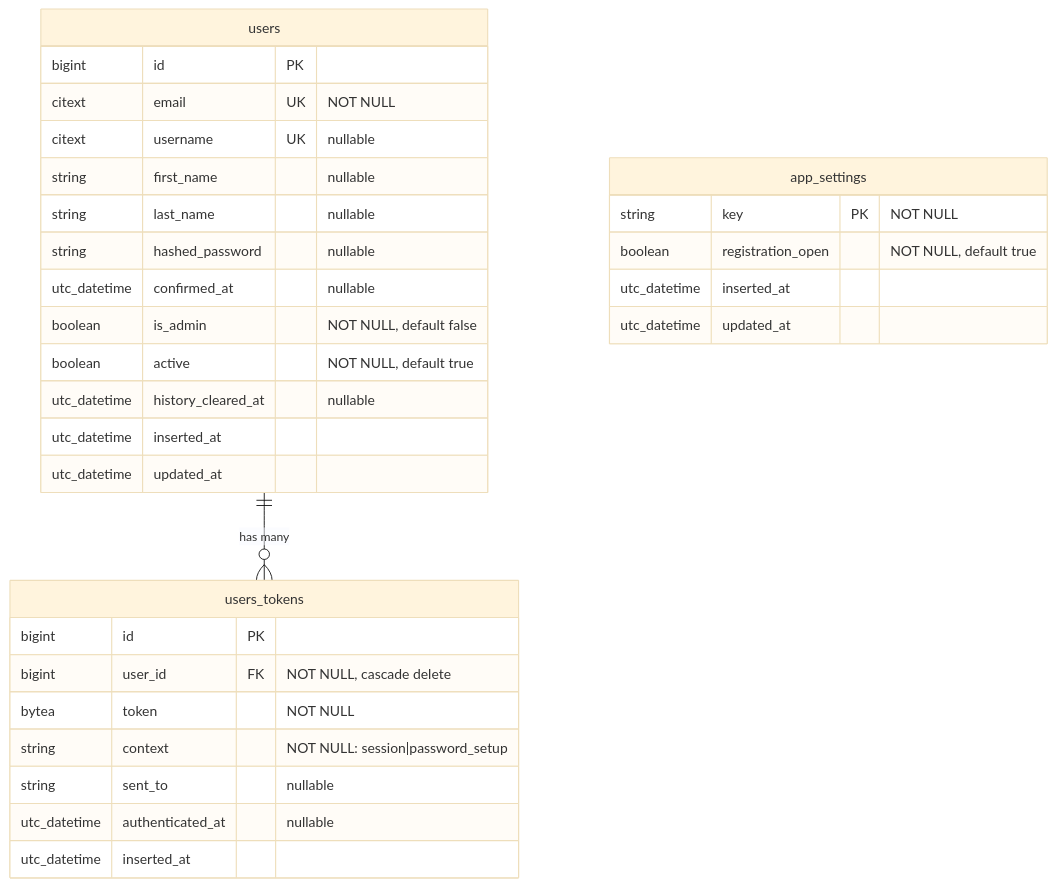
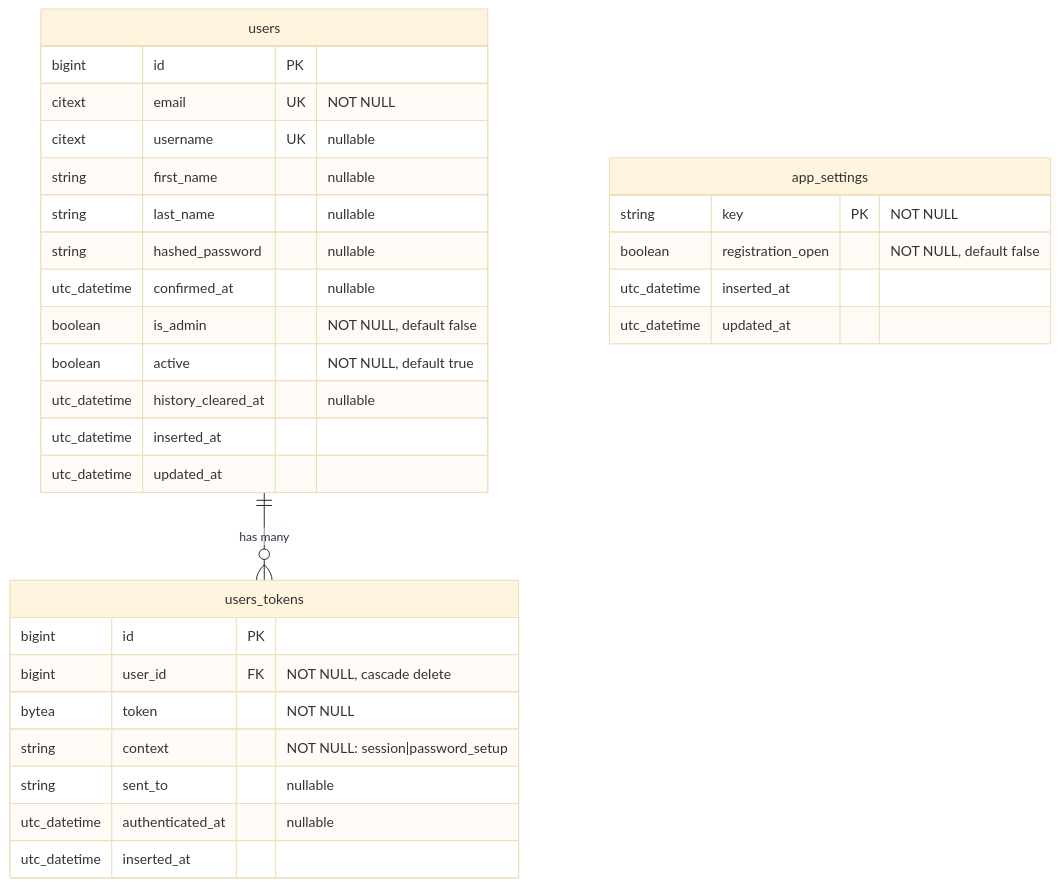
The third of 3 diagrams in docs/DATABASE_ERD.md (donfox/medicaid_claims_checker), drawn with Mermaid (base theme) before and after one commit. The commit also changed other lines of this file and 7 other files, not shown here.

````diff
--- a/docs/DATABASE_ERD.md
+++ b/docs/DATABASE_ERD.md
@@ -147,36 +147,36 @@
 ```mermaid
 erDiagram
     users ||--o{ users_tokens : "has many"
 
     users {
         bigint id PK
         citext email UK "NOT NULL"
         citext username UK "nullable"
         string first_name "nullable"
         string last_name "nullable"
         string hashed_password "nullable"
         utc_datetime confirmed_at "nullable"
         boolean is_admin "NOT NULL, default false"
         boolean active "NOT NULL, default true"
         utc_datetime history_cleared_at "nullable"
         utc_datetime inserted_at
         utc_datetime updated_at
     }
 
     users_tokens {
         bigint id PK
         bigint user_id FK "NOT NULL, cascade delete"
         bytea token "NOT NULL"
         string context "NOT NULL: session|password_setup"
         string sent_to "nullable"
         utc_datetime authenticated_at "nullable"
         utc_datetime inserted_at
     }
 
     app_settings {
         string key PK "NOT NULL"
-        boolean registration_open "NOT NULL, default true"
+        boolean registration_open "NOT NULL, default false"
         utc_datetime inserted_at
         utc_datetime updated_at
     }
 ```
````
